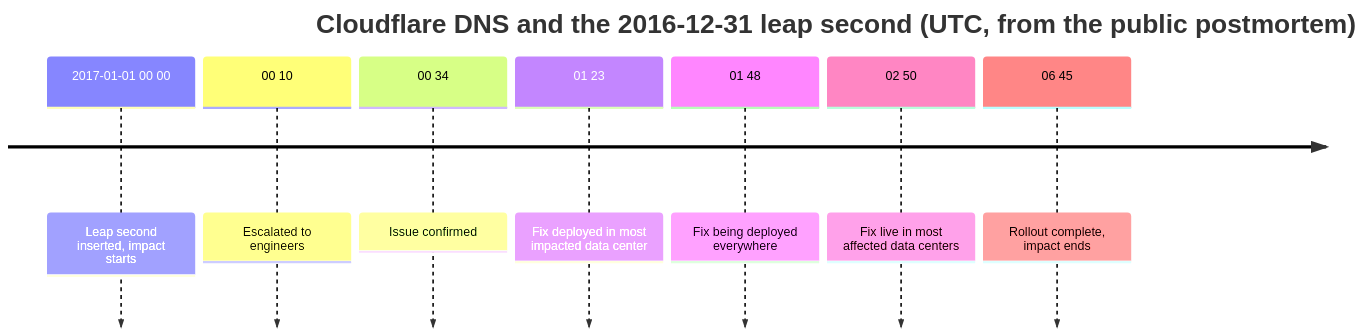
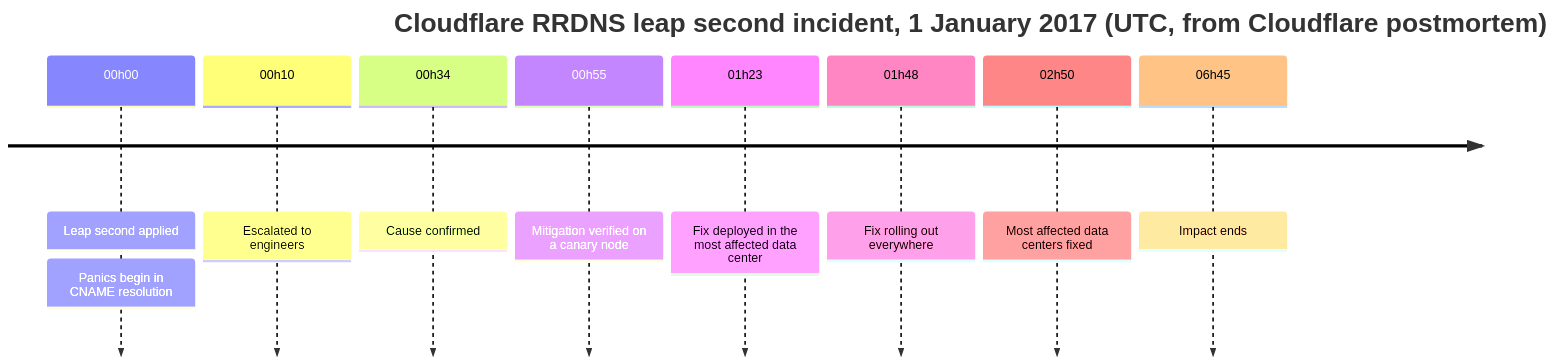
Before and after one commit to gorkemsari/distributed-systems: the sixth of 6 diagrams in src/content/docs/en/foundations/time-and-ordering/physical-clocks.mdx, drawn with Mermaid. The commit also changed other lines of this file and 3 other files, not shown here.

````diff
--- a/src/content/docs/en/foundations/time-and-ordering/physical-clocks.mdx
+++ b/src/content/docs/en/foundations/time-and-ordering/physical-clocks.mdx
@@ -161,11 +253,13 @@
 ```mermaid
 timeline
-    title Cloudflare DNS and the 2016-12-31 leap second (UTC, from the public postmortem)
-    2017-01-01 00 00 : Leap second inserted, impact starts
-    00 10 : Escalated to engineers
-    00 34 : Issue confirmed
-    01 23 : Fix deployed in most impacted data center
-    01 48 : Fix being deployed everywhere
-    02 50 : Fix live in most affected data centers
-    06 45 : Rollout complete, impact ends
+    title Cloudflare RRDNS leap second incident, 1 January 2017 (UTC, from Cloudflare postmortem)
+    00h00 : Leap second applied
+          : Panics begin in CNAME resolution
+    00h10 : Escalated to engineers
+    00h34 : Cause confirmed
+    00h55 : Mitigation verified on a canary node
+    01h23 : Fix deployed in the most affected data center
+    01h48 : Fix rolling out everywhere
+    02h50 : Most affected data centers fixed
+    06h45 : Impact ends
 ```
````
